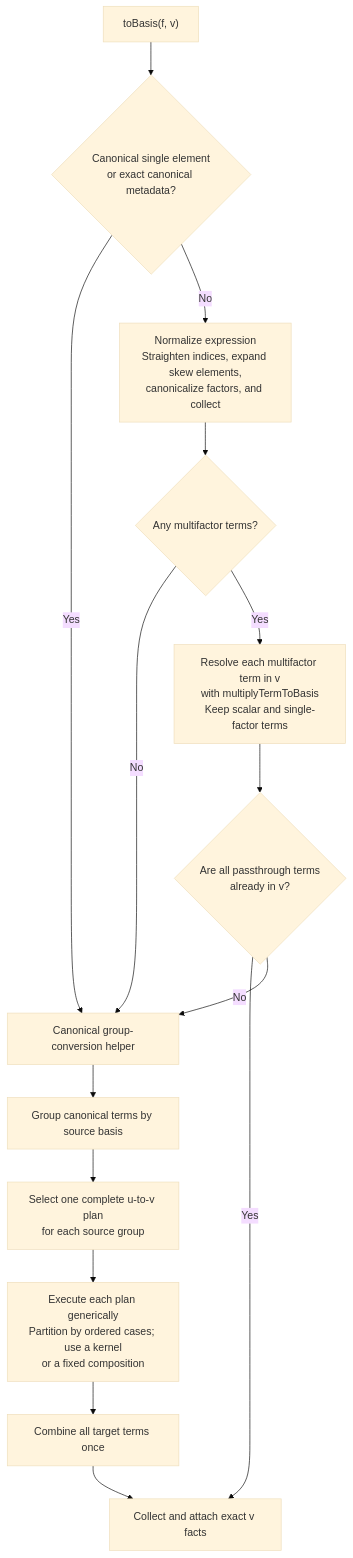
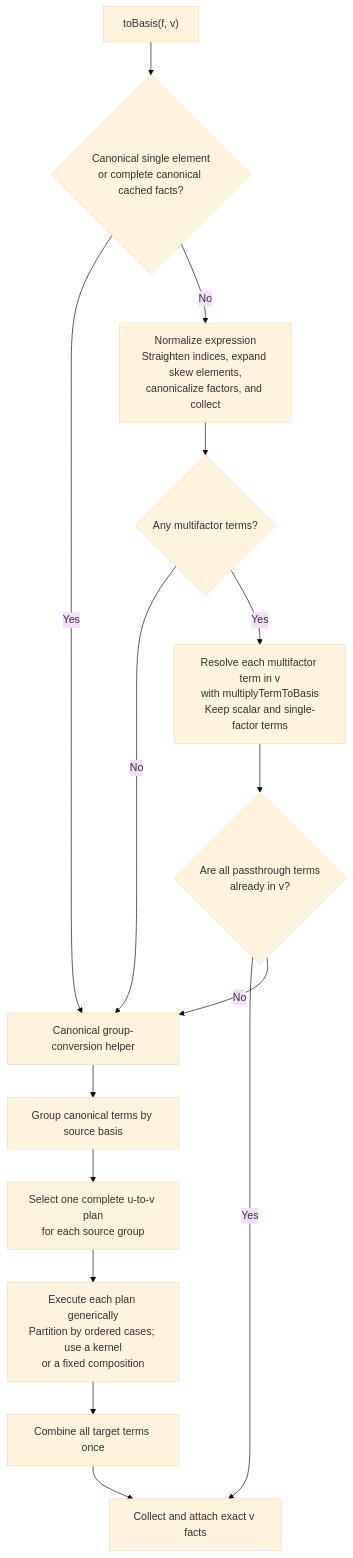
The first of 5 diagrams in M2/Macaulay2/e/symmetric-rings/README-pipelines.md (j-graf/M2), drawn with Mermaid (base theme) before and after one commit. The commit also changed other lines of this file and 20 other files, not shown here.

````diff
--- a/M2/Macaulay2/e/symmetric-rings/README-pipelines.md
+++ b/M2/Macaulay2/e/symmetric-rings/README-pipelines.md
@@ -172,21 +172,21 @@
 ```mermaid
 flowchart TD
-    A["toBasis(f, v)"] --> B{"Canonical single element<br/>or exact canonical metadata?"}
+    A["toBasis(f, v)"] --> B{"Canonical single element<br/>or complete canonical cached facts?"}
 
     B -->|"Yes"| G["Canonical group-conversion helper"]
     B -->|"No"| C["Normalize expression<br/>Straighten indices, expand skew elements,<br/>canonicalize factors, and collect"]
 
     C --> D{"Any multifactor terms?"}
     D -->|"No"| G
     D -->|"Yes"| E["Resolve each multifactor term in v<br/>with multiplyTermToBasis<br/>Keep scalar and single-factor terms"]
 
     E --> F{"Are all passthrough terms<br/>already in v?"}
     F -->|"Yes"| R["Collect and attach exact v facts"]
     F -->|"No"| G
 
     G --> H["Group canonical terms by source basis"]
     H --> L["Select one complete u-to-v plan<br/>for each source group"]
     L --> M["Execute each plan generically<br/>Partition by ordered cases; use a kernel<br/>or a fixed composition"]
     M --> N["Combine all target terms once"]
     N --> R
 ```
````
